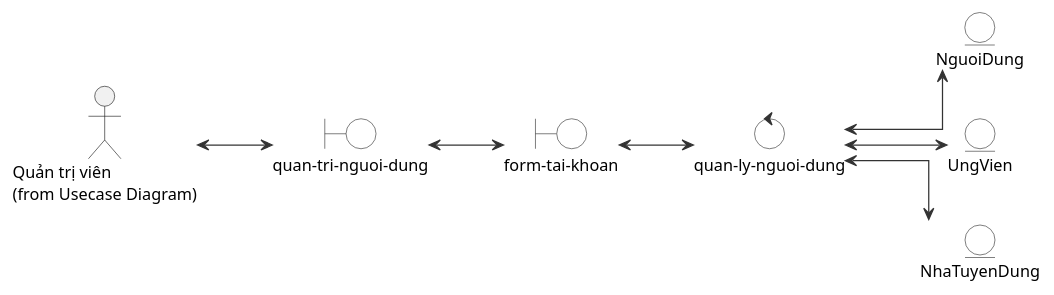
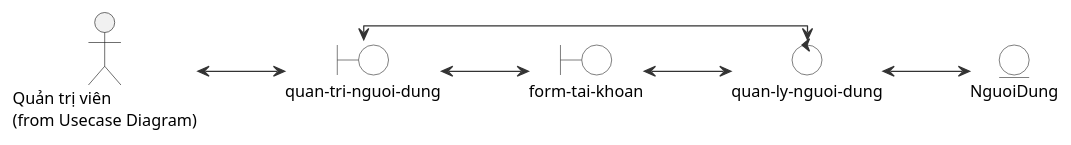
One commit to hole-six/DoAn changed the diagram in docs/so-do/04-robustness/20-robustness-quan-ly-nguoi-dung.puml. Above: the diagram before and after it, drawn with PlantUML. The commit also changed 86 other files, not shown here.

```diff
--- a/docs/so-do/04-robustness/20-robustness-quan-ly-nguoi-dung.puml
+++ b/docs/so-do/04-robustness/20-robustness-quan-ly-nguoi-dung.puml
@@ -1,39 +1,54 @@
 @startuml
 skinparam defaultFontName "Segoe UI"
 skinparam defaultFontSize 13
 skinparam shadowing false
 skinparam linetype ortho
+skinparam nodesep 45
+skinparam ranksep 70
 left to right direction
 skinparam actorStyle stick
 skinparam roundcorner 8
 skinparam ArrowColor #333333
 skinparam rectangleBorderColor #333333
 skinparam boundary {
   BackgroundColor White
   BorderColor #333333
 }
 skinparam control {
   BackgroundColor White
   BorderColor #333333
 }
 skinparam entity {
   BackgroundColor White
   BorderColor #333333
 }
 
 actor "Quản trị viên\n(from Usecase Diagram)" as Actor
-boundary "quan-tri-nguoi-dung" as UI
-boundary "form-tai-khoan" as Form
-control "quan-ly-nguoi-dung" as Controller
 
-entity "NguoiDung" as MainEntity
-entity "UngVien" as E1
-entity "NhaTuyenDung" as E2
+' ── Lớp boundary (màn hình) ──
+together {
+  boundary "quan-tri-nguoi-dung" as UI
+  boundary "form-tai-khoan" as Form
+}
 
+' ── Lớp control (xử lý) ──
+together {
+  control "quan-ly-nguoi-dung" as Controller
+}
+
+' ── Lớp entity (dữ liệu) ──
+together {
+  entity "NguoiDung" as NguoiDung
+}
+
+' ── Quan hệ actor ↔ boundary ──
 Actor <--> UI
+
+' ── boundary ↔ boundary / control ──
 UI <--> Form
+UI <--> Controller
 Form <--> Controller
-Controller <--> MainEntity
-Controller <--> E1
-Controller <--> E2
+
+' ── control ↔ entity ──
+Controller <--> NguoiDung
 @enduml
```
